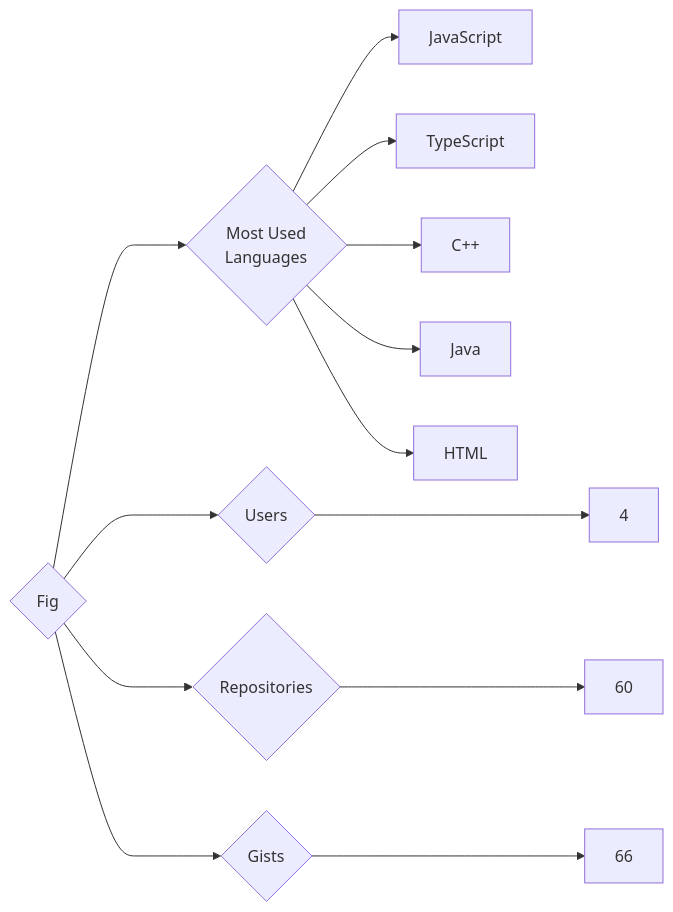
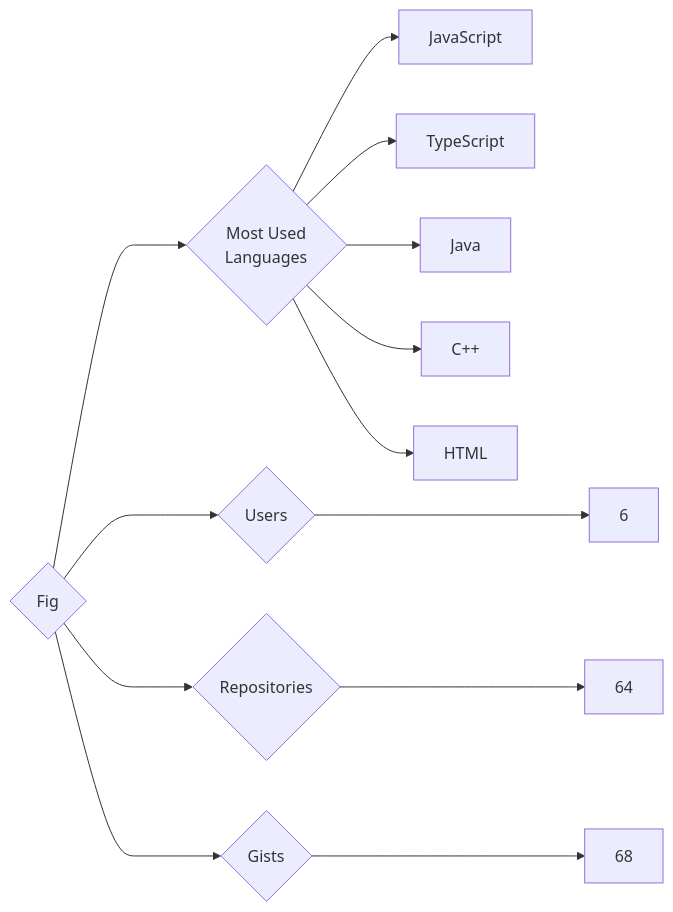
Before and after one commit to trickest/insiders: the diagram in targets/Fig/README.md, drawn with Mermaid. The commit also changed 912 other files, not shown here.

````diff
--- a/targets/Fig/README.md
+++ b/targets/Fig/README.md
@@ -3,13 +3,13 @@
 ```mermaid
 graph LR
 COMPANY_NAME{Fig}
-COMPANY_NAME ---> U{Users} ---> UN[4]
-COMPANY_NAME ---> R{Repositories} ---> RN[60]
-COMPANY_NAME ---> G{Gists} ---> GN[66]
+COMPANY_NAME ---> U{Users} ---> UN[6]
+COMPANY_NAME ---> R{Repositories} ---> RN[64]
+COMPANY_NAME ---> G{Gists} ---> GN[68]
 COMPANY_NAME ---> ML{Most Used<br>Languages}
 ML --> JavaScript[JavaScript]
 ML --> TypeScript[TypeScript]
+ML --> Java[Java]
 ML --> C++[C++]
-ML --> Java[Java]
 ML --> HTML[HTML]
 ```
````
